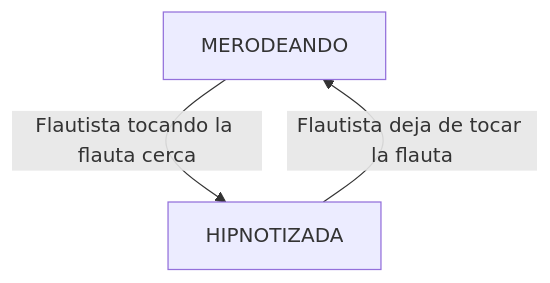
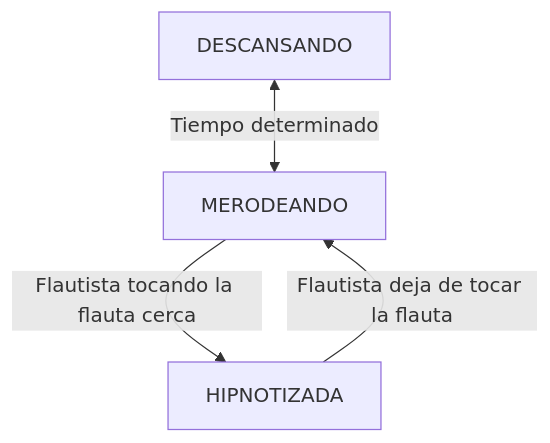
One commit to IAV26-G09/IAV26-G09-P1 changed the first of 5 diagrams in README.md. Above: the diagram before and after it, drawn with Mermaid. The commit also changed other lines of this file, not shown here.

````diff
--- a/README.md
+++ b/README.md
@@ -109,5 +112,6 @@
 ```mermaid
 graph TD;
+  DESCANSANDO<-- Tiempo determinado -->MERODEANDO
   MERODEANDO-- Flautista tocando la flauta cerca -->HIPNOTIZADA
   HIPNOTIZADA-- Flautista deja de tocar la flauta -->MERODEANDO;
 ```
````
